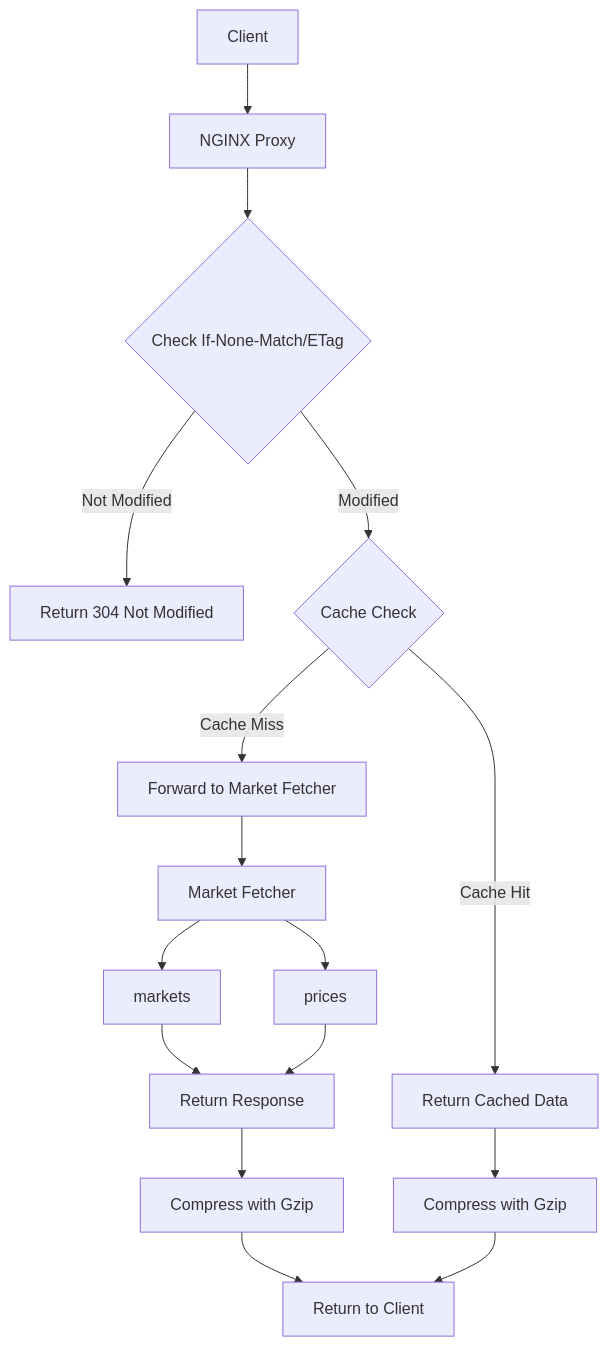
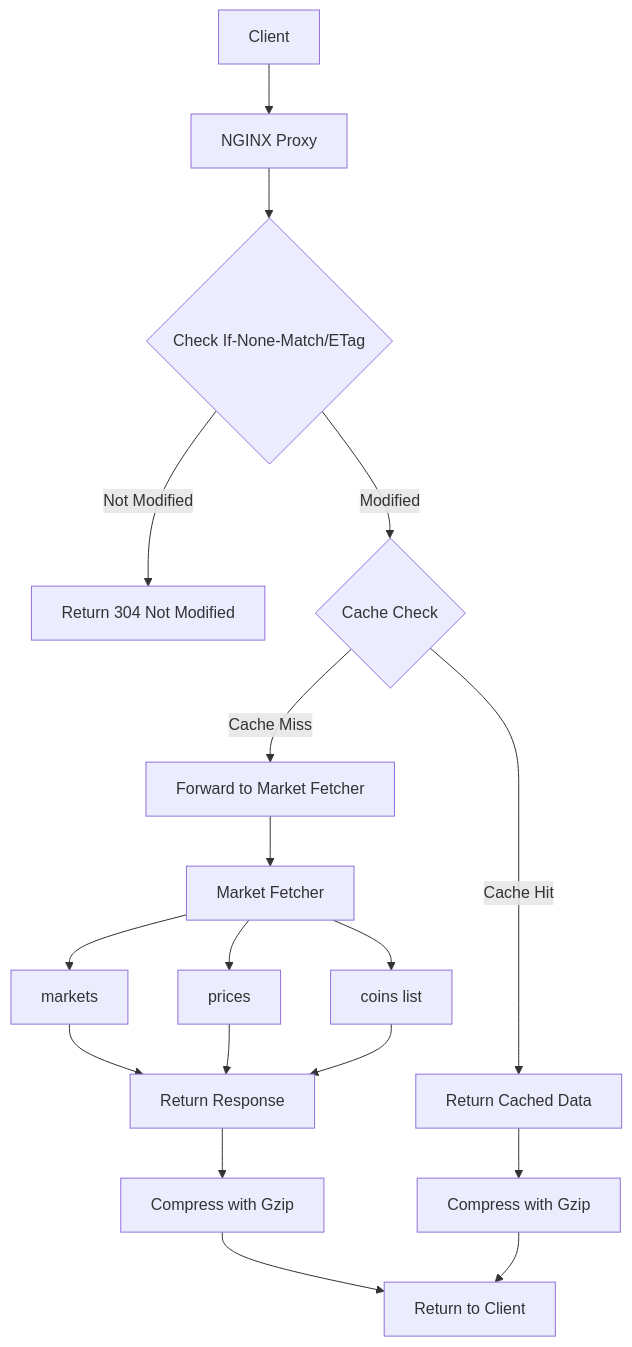
Before and after one commit to status-im/market-proxy: the diagram in nginx-proxy/README.md, drawn with Mermaid. The commit also changed other lines of this file and 2 other files, not shown here.

````diff
--- a/nginx-proxy/README.md
+++ b/nginx-proxy/README.md
@@ -7,18 +7,20 @@
 ```mermaid
 graph TD
     A[Client] --> B[NGINX Proxy]
     B --> C{Check If-None-Match/ETag}
     C -->|Not Modified| D[Return 304 Not Modified]
     C -->|Modified| E{Cache Check}
     E -->|Cache Hit| F[Return Cached Data]
     E -->|Cache Miss| G[Forward to Market Fetcher]
     G --> H[Market Fetcher]
     H --> I[markets]
     H --> J[prices]
+    H --> O[coins list]
     I --> K[Return Response]
     J --> K
+    O --> K
     K --> L[Compress with Gzip]
     L --> M[Return to Client]
     F --> N[Compress with Gzip]
     N --> M
 ```
````
